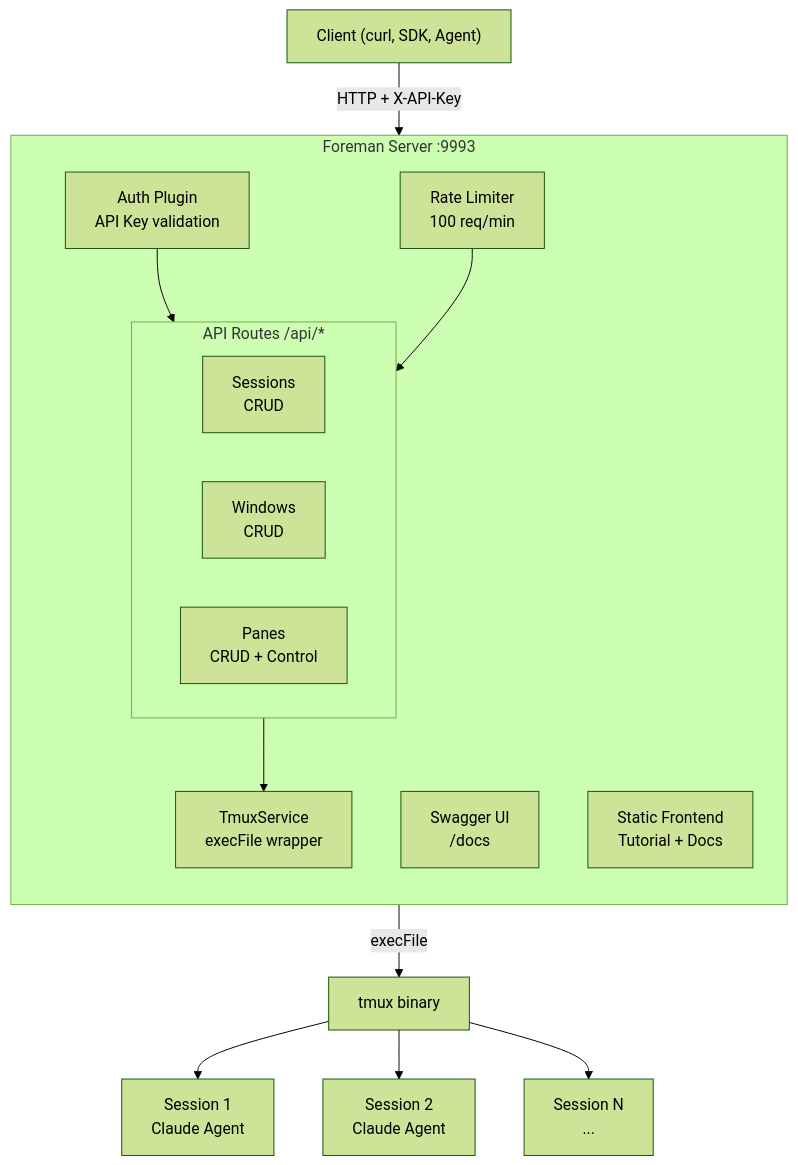
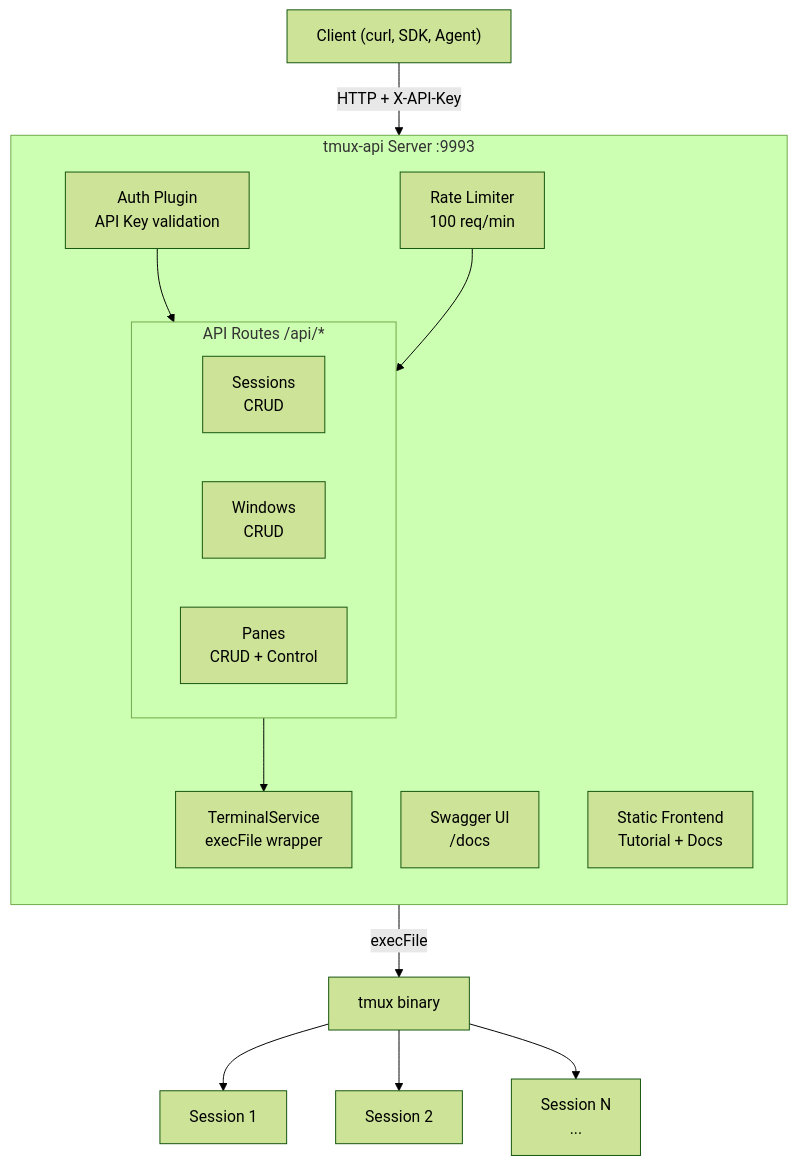
One commit to onchainyaotoshi/tmux-api changed the first of 2 diagrams in README.md. Above: the diagram before and after it, drawn with Mermaid (forest theme). The commit also changed other lines of this file and 3 other files, not shown here.

First line of the commit message:
docs: update all documentation for tmux-api identity

````diff
--- a/README.md
+++ b/README.md
@@ -7,29 +7,29 @@
 ```mermaid
 graph TB
-    Client["Client (curl, SDK, Agent)"] -->|HTTP + X-API-Key| Foreman
+    Client["Client (curl, SDK, Agent)"] -->|HTTP + X-API-Key| Server
 
-    subgraph Foreman["Foreman Server :9993"]
+    subgraph Server["tmux-api Server :9993"]
         direction TB
         Auth["Auth Plugin<br/>API Key validation"]
         Swagger["Swagger UI<br/>/docs"]
         RateLimit["Rate Limiter<br/>100 req/min"]
 
         subgraph Routes["API Routes /api/*"]
             Sessions["Sessions<br/>CRUD"]
             Windows["Windows<br/>CRUD"]
             Panes["Panes<br/>CRUD + Control"]
         end
 
-        Service["TmuxService<br/>execFile wrapper"]
+        Service["TerminalService<br/>execFile wrapper"]
         Static["Static Frontend<br/>Tutorial + Docs"]
     end
 
     Service -->|execFile| Tmux["tmux binary"]
-    Tmux --> Terminal1["Session 1<br/>Claude Agent"]
-    Tmux --> Terminal2["Session 2<br/>Claude Agent"]
+    Tmux --> Terminal1["Session 1"]
+    Tmux --> Terminal2["Session 2"]
     Tmux --> Terminal3["Session N<br/>..."]
 
     Auth --> Routes
     RateLimit --> Routes
     Routes --> Service
 ```
````
